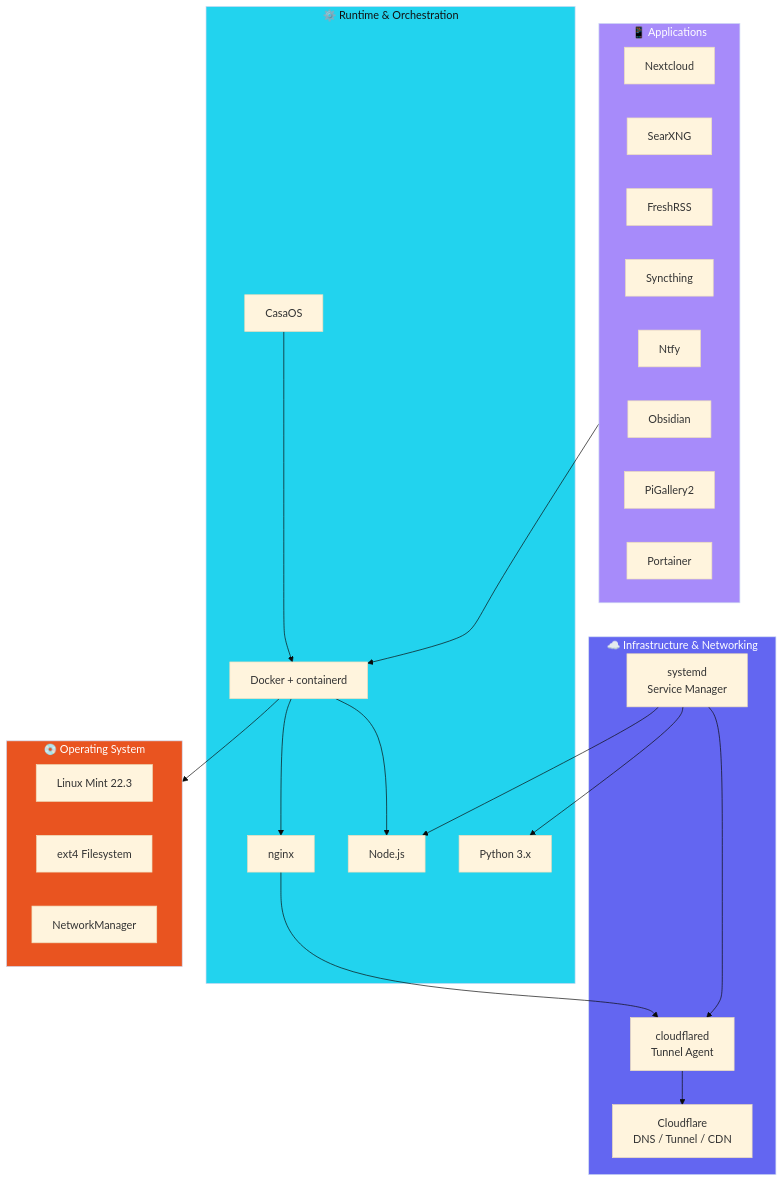
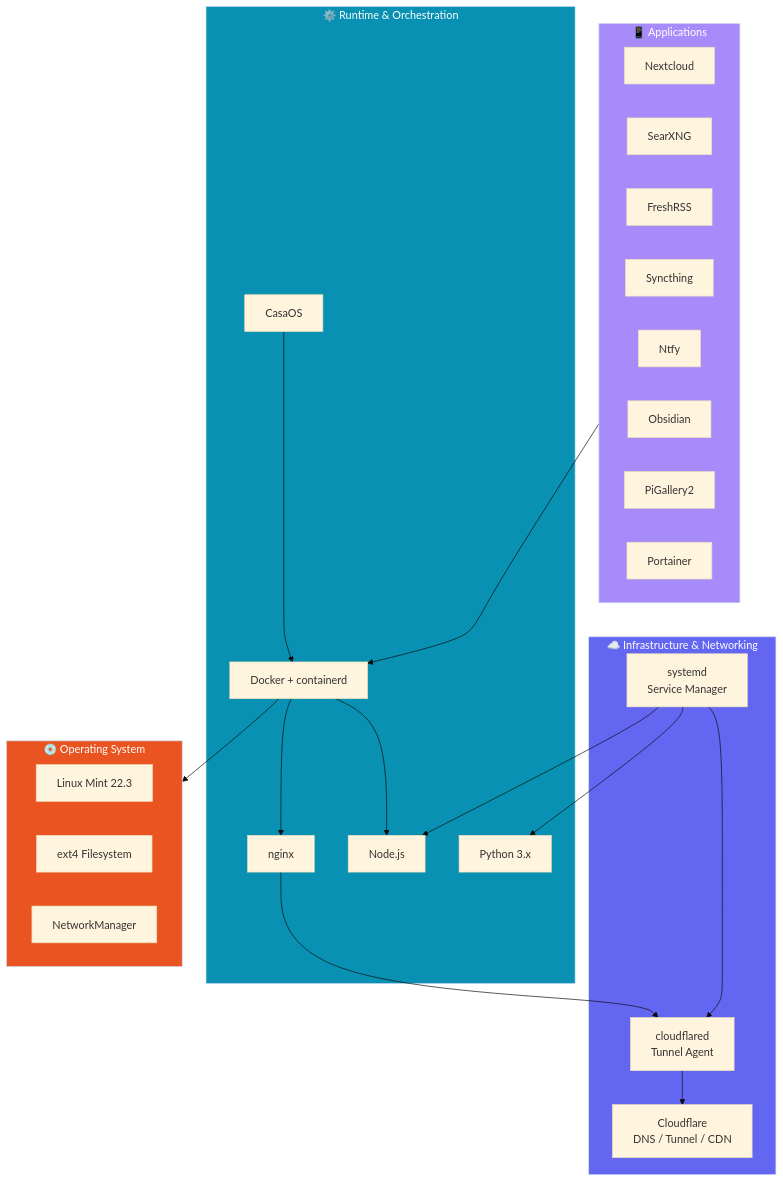
The diagram in docs/tech-stack.md (kamalcr7/server-docs-public), drawn with Mermaid (base theme) before and after one commit. The commit also changed 1 other file, not shown here.

Commit message:
Change all cyan mermaid boxes #22d3ee→#0891b2 with white text
Cyan text was unreadable on light backgrounds. Darker teal with
white text (#fff) is readable in both themes.

````diff
--- a/docs/tech-stack.md
+++ b/docs/tech-stack.md
@@ -5,49 +5,49 @@
 ```mermaid
 flowchart TD
     subgraph Apps["📱 Applications"]
         Nextcloud[Nextcloud]
         SearXNG[SearXNG]
         FreshRSS[FreshRSS]
         Syncthing[Syncthing]
         Ntfy[Ntfy]
         Obsidian[Obsidian]
         PiGallery[PiGallery2]
         Portainer[Portainer]
     end
     
     subgraph Runtime["⚙️ Runtime & Orchestration"]
         Docker[Docker + containerd]
         CasaOS[CasaOS]
         Nginx[nginx]
         Node[Node.js]
         Python[Python 3.x]
     end
     
     subgraph Infra["☁️ Infrastructure & Networking"]
         Cloudflare[Cloudflare<br/>DNS / Tunnel / CDN]
         Cloudflared[cloudflared<br/>Tunnel Agent]
         systemd[systemd<br/>Service Manager]
     end
     
     subgraph OS["💿 Operating System"]
         Mint[Linux Mint 22.3]
         Ext4[ext4 Filesystem]
         Networking[NetworkManager]
     end
     
     Apps --> Docker
     Docker --> OS
     Docker --> Nginx
     Docker --> Node
     Nginx --> Cloudflared
     Cloudflared --> Cloudflare
     CasaOS --> Docker
     systemd --> Node
     systemd --> Python
     systemd --> Cloudflared
     
     style OS fill:#e95420,color:#fff
     style Infra fill:#6366f1,color:#fff
-    style Runtime fill:#22d3ee,color:#111
+    style Runtime fill:#0891b2,color:#fff
     style Apps fill:#a78bfa,color:#fff
 ```
````
